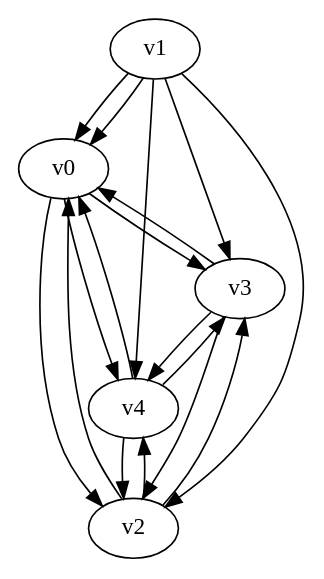
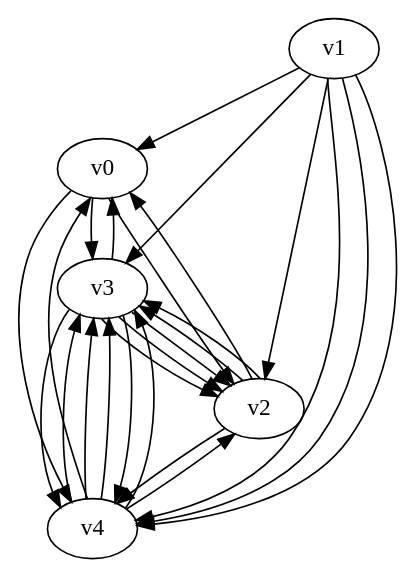
The diagram in diagraph.dot (yadej/graph_project), drawn with Graphviz before and after one commit. The commit also changed 2 other files, not shown here.

```diff
--- a/diagraph.dot
+++ b/diagraph.dot
@@ -1,14 +1,16 @@
 digraph G { 
-v0 -> v3
-v1 -> v0 -> v2
-v1 -> v0 -> v4
-v1 -> v2 -> v0
-v1 -> v3 -> v0
-v1 -> v4 -> v0
-v2 -> v3
-v2 -> v4
-v3 -> v2
-v3 -> v4
-v4 -> v2
-v4 -> v3
+v0 -> v3;
+v0 -> v4 -> v3;
+v1 -> v0 -> v2;
+v1 -> v2;
+v1 -> v3 -> v2;
+v1 -> v4 -> v2;
+v1 -> v4 -> v3 -> v2;
+v1 -> v4 -> v3 -> v2;
+v2 -> v0;
+v2 -> v3 -> v4;
+v2 -> v3 -> v4;
+v2 -> v4 -> v3;
+v3 -> v0;
+v4 -> v0;
 }
```
